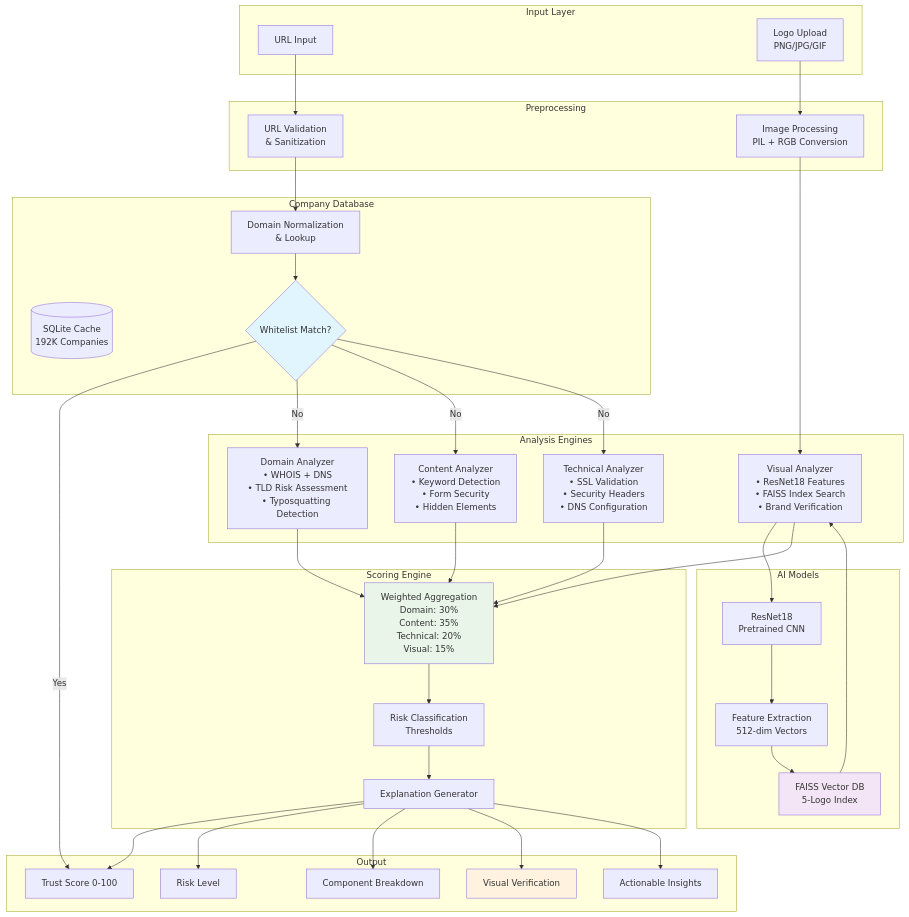
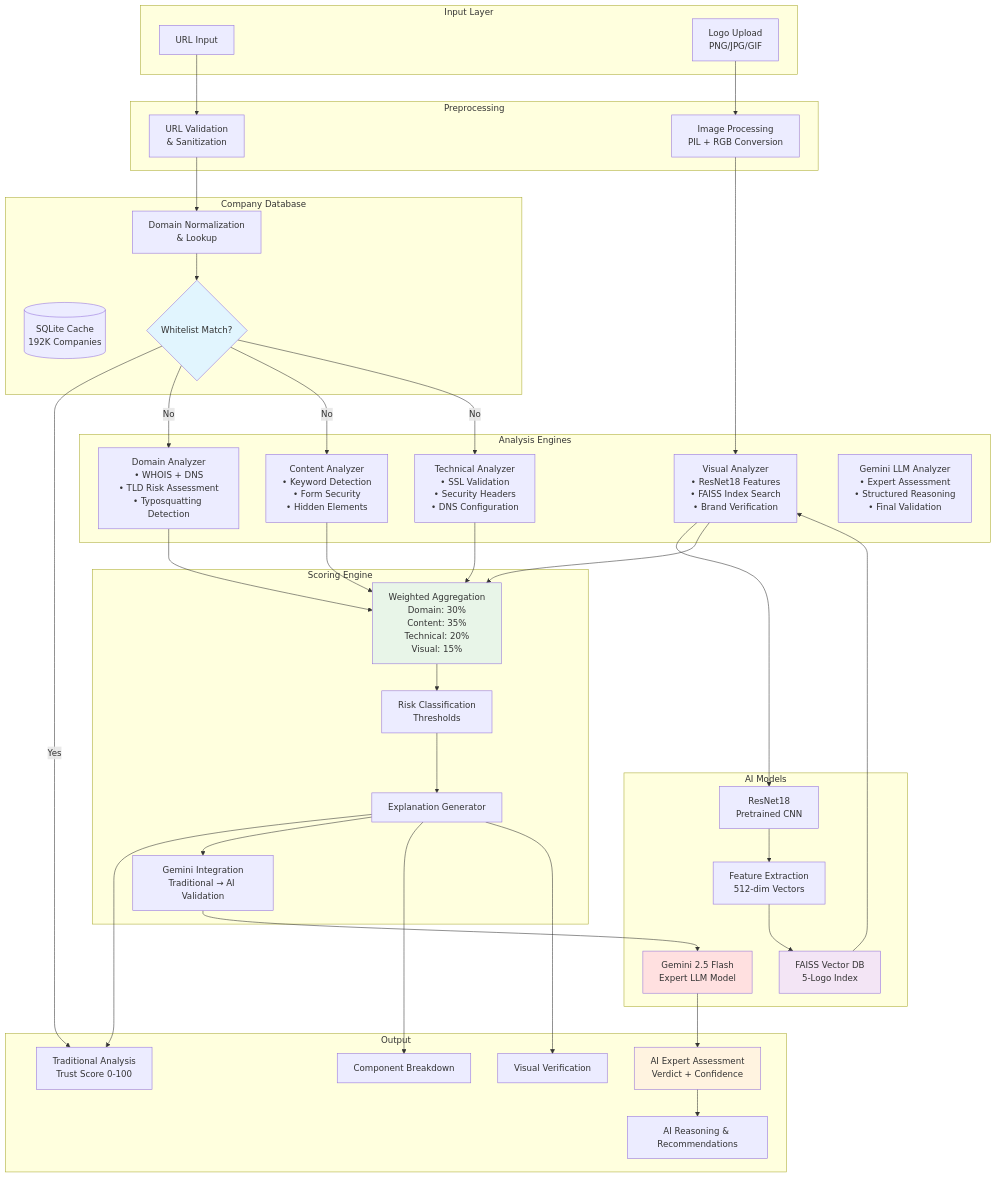
The second of 2 diagrams in DOCUMENTATION/PRESENTATION_GUIDE.md (ronitsalvi/cipherpol-phishing-detection), drawn with Mermaid before and after one commit. The commit also changed other lines of this file and 2 other files, not shown here.

First line of the commit message:
feat: Prioritize AI Expert Assessment with clean UI hierarchy

````diff
--- a/DOCUMENTATION/PRESENTATION_GUIDE.md
+++ b/DOCUMENTATION/PRESENTATION_GUIDE.md
@@ -83,26 +91,30 @@
         D3[Technical Analyzer<br/>• SSL Validation<br/>• Security Headers<br/>• DNS Configuration]
         
         D4[Visual Analyzer<br/>• ResNet18 Features<br/>• FAISS Index Search<br/>• Brand Verification]
+        
+        D5[Gemini LLM Analyzer<br/>• Expert Assessment<br/>• Structured Reasoning<br/>• Final Validation]
     end
     
     subgraph "AI Models"
         E1[ResNet18<br/>Pretrained CNN]
         E2[FAISS Vector DB<br/>5-Logo Index]
         E3[Feature Extraction<br/>512-dim Vectors]
+        E4[Gemini 2.5 Flash<br/>Expert LLM Model]
     end
     
     subgraph "Scoring Engine"
         F1[Weighted Aggregation<br/>Domain: 30%<br/>Content: 35%<br/>Technical: 20%<br/>Visual: 15%]
         F2[Risk Classification<br/>Thresholds]
         F3[Explanation Generator]
+        F4[Gemini Integration<br/>Traditional → AI Validation]
     end
     
     subgraph "Output"
-        G1[Trust Score 0-100]
-        G2[Risk Level]
+        G1[Traditional Analysis<br/>Trust Score 0-100]
+        G2[AI Expert Assessment<br/>Verdict + Confidence]
         G3[Component Breakdown]
         G4[Visual Verification]
-        G5[Actionable Insights]
+        G5[AI Reasoning & Recommendations]
     end
     
     A1 --> B1
@@ -129,13 +141,17 @@
     F1 --> F2
     F2 --> F3
     F3 --> G1
-    F3 --> G2
+    F3 --> F4
+    
+    F4 --> E4
+    E4 --> G2
     F3 --> G3
     F3 --> G4
-    F3 --> G5
+    G2 --> G5
     
     style C3 fill:#e1f5fe
     style E2 fill:#f3e5f5
+    style E4 fill:#ffe0e0
     style F1 fill:#e8f5e8
-    style G4 fill:#fff3e0
+    style G2 fill:#fff3e0
 ```
````
